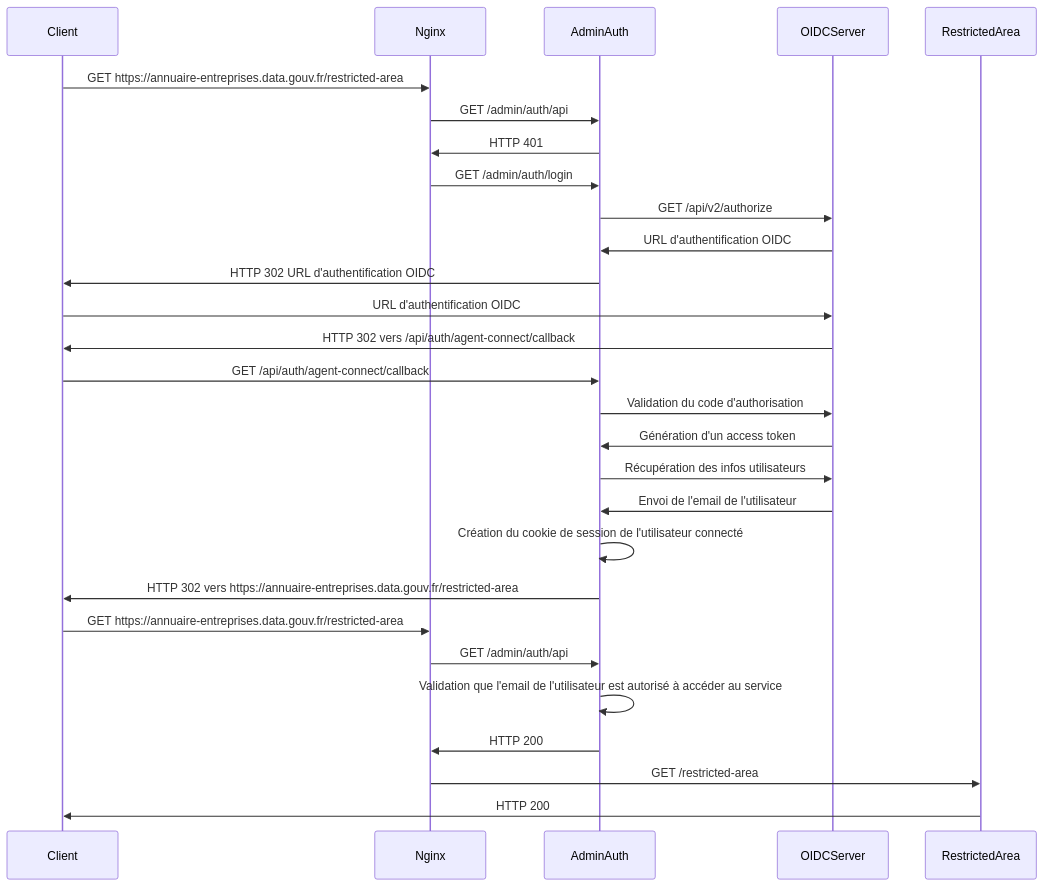
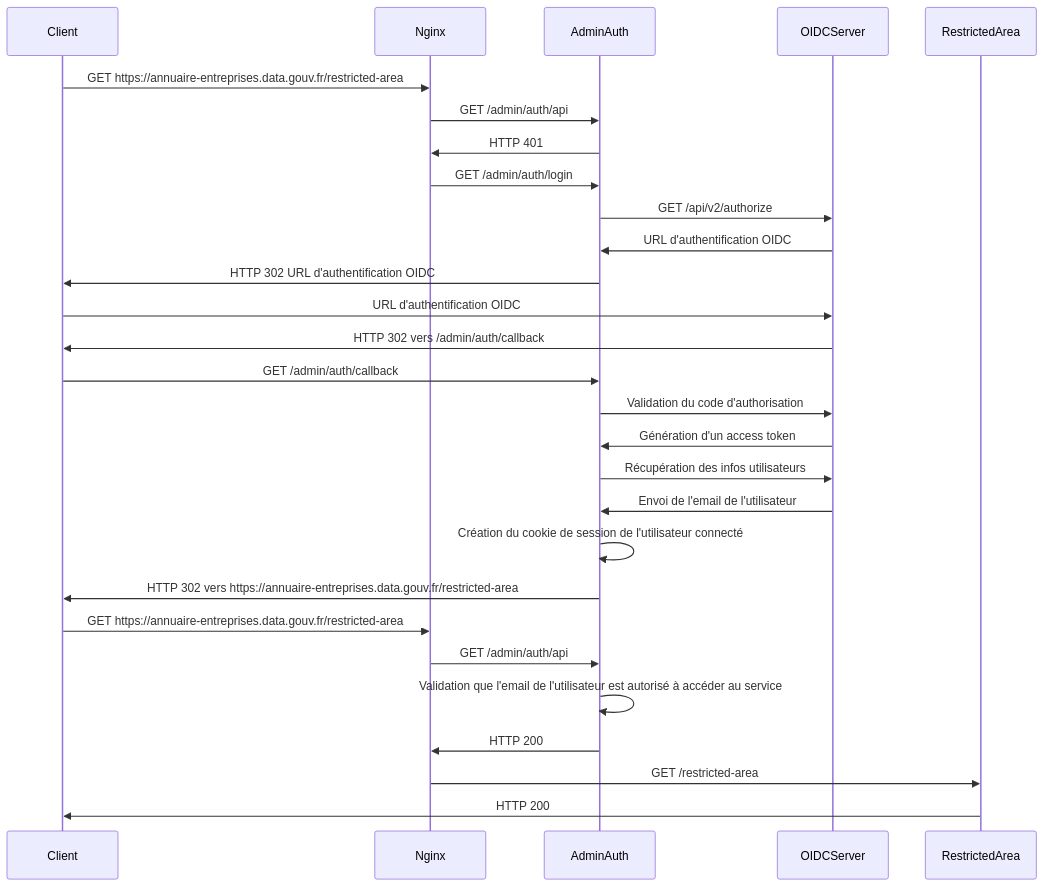
One commit to annuaire-entreprises-data-gouv-fr/admin-auth changed the diagram in Readme.md. Above: the diagram before and after it, drawn with Mermaid. The commit also changed other lines of this file and 2 other files, not shown here.

Commit message:
rename url /api/auth/agent-connect/callback -> /admin/auth/callback

````diff
--- a/Readme.md
+++ b/Readme.md
@@ -78,25 +74,25 @@
 ```mermaid
 sequenceDiagram
     Client->>Nginx: GET https://annuaire-entreprises.data.gouv.fr/restricted-area
     Nginx->>AdminAuth: GET /admin/auth/api
     AdminAuth->>Nginx: HTTP 401
     Nginx->>AdminAuth: GET /admin/auth/login
     AdminAuth->>OIDCServer: GET /api/v2/authorize
     OIDCServer->>AdminAuth: URL d'authentification OIDC
     AdminAuth->>Client: HTTP 302 URL d'authentification OIDC
     Client->>OIDCServer: URL d'authentification OIDC
-    OIDCServer->>Client: HTTP 302 vers /api/auth/agent-connect/callback
-    Client->>AdminAuth: GET /api/auth/agent-connect/callback
+    OIDCServer->>Client: HTTP 302 vers /admin/auth/callback
+    Client->>AdminAuth: GET /admin/auth/callback
     AdminAuth->>OIDCServer: Validation du code d'authorisation
     OIDCServer->>AdminAuth: Génération d'un access token
     AdminAuth->>OIDCServer: Récupération des infos utilisateurs
     OIDCServer->>AdminAuth: Envoi de l'email de l'utilisateur
     AdminAuth->>AdminAuth: Création du cookie de session de l'utilisateur connecté
     AdminAuth->>Client: HTTP 302 vers https://annuaire-entreprises.data.gouv.fr/restricted-area
     Client->>Nginx: GET https://annuaire-entreprises.data.gouv.fr/restricted-area
     Nginx->>AdminAuth: GET /admin/auth/api
     AdminAuth->>AdminAuth: Validation que l'email de l'utilisateur est autorisé à accéder au service
     AdminAuth->>Nginx: HTTP 200
     Nginx->>RestrictedArea: GET /restricted-area
     RestrictedArea->>Client: HTTP 200
 ```
````
